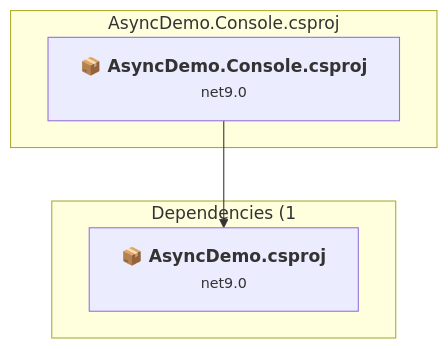
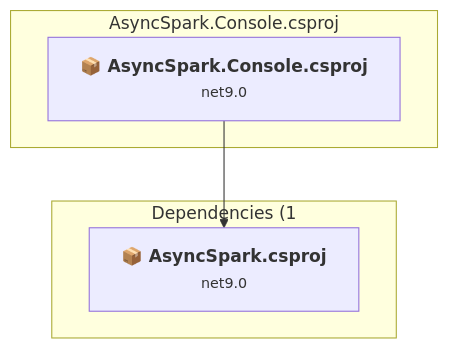
One commit to markhazleton/AsyncDemo changed the second of 7 diagrams in .github/upgrades/assessment.md. Above: the diagram before and after it, drawn with Mermaid. The commit also changed other lines of this file and 230 other files, not shown here.

Commit message:
Rebrand AsyncDemo to AsyncSpark

````diff
--- a/.github/upgrades/assessment.md
+++ b/.github/upgrades/assessment.md
@@ -68,13 +68,13 @@
 ```mermaid
 flowchart TB
-    subgraph current["AsyncDemo.Console.csproj"]
-        MAIN["<b>📦&nbsp;AsyncDemo.Console.csproj</b><br/><small>net9.0</small>"]
-        click MAIN "#asyncdemoconsoleasyncdemoconsolecsproj"
+    subgraph current["AsyncSpark.Console.csproj"]
+        MAIN["<b>📦&nbsp;AsyncSpark.Console.csproj</b><br/><small>net9.0</small>"]
+        click MAIN "#AsyncSparkconsoleAsyncSparkconsolecsproj"
     end
     subgraph downstream["Dependencies (1"]
-        P1["<b>📦&nbsp;AsyncDemo.csproj</b><br/><small>net9.0</small>"]
-        click P1 "#asyncdemoasyncdemocsproj"
+        P1["<b>📦&nbsp;AsyncSpark.csproj</b><br/><small>net9.0</small>"]
+        click P1 "#AsyncSparkAsyncSparkcsproj"
     end
     MAIN --> P1
 
 ```
````
